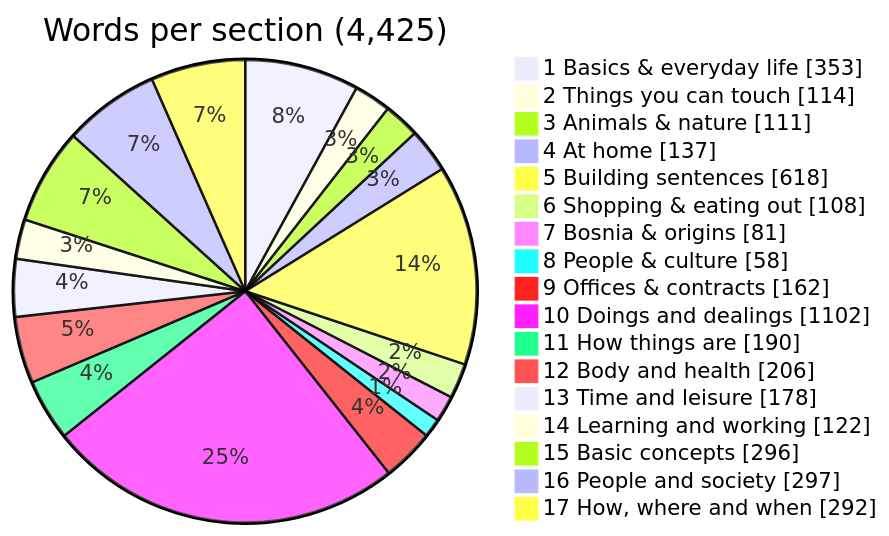
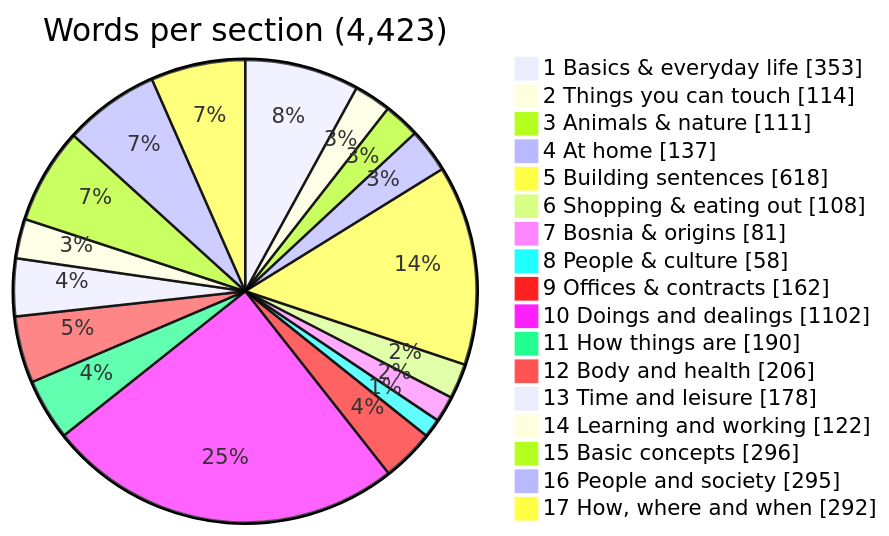
The first of 2 diagrams in data/DATASHEET.md (zmaj-lernapp/zmaj), drawn with Mermaid before and after one commit. The commit also changed other lines of this file and 47 other files, not shown here.

````diff
--- a/data/DATASHEET.md
+++ b/data/DATASHEET.md
@@ -24,20 +24,20 @@
 ```mermaid
-pie showData title Words per section (4,425)
+pie showData title Words per section (4,423)
   "1 Basics & everyday life" : 353
   "2 Things you can touch" : 114
   "3 Animals & nature" : 111
   "4 At home" : 137
   "5 Building sentences" : 618
   "6 Shopping & eating out" : 108
   "7 Bosnia & origins" : 81
   "8 People & culture" : 58
   "9 Offices & contracts" : 162
   "10 Doings and dealings" : 1102
   "11 How things are" : 190
   "12 Body and health" : 206
   "13 Time and leisure" : 178
   "14 Learning and working" : 122
   "15 Basic concepts" : 296
-  "16 People and society" : 297
+  "16 People and society" : 295
   "17 How, where and when" : 292
 ```
````
